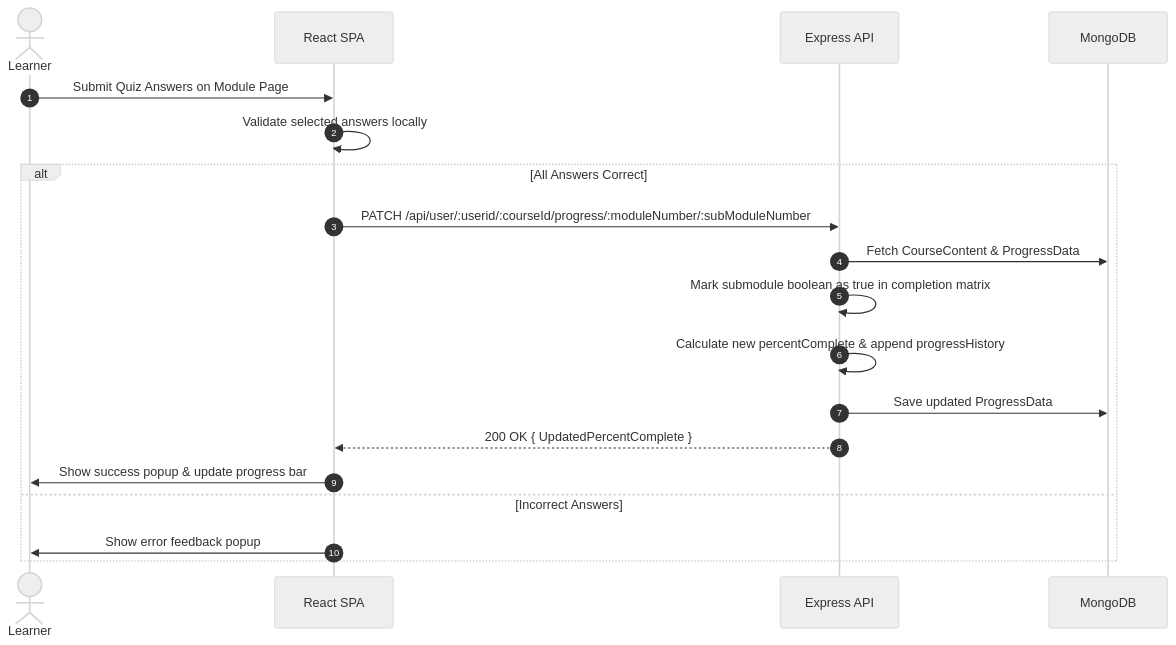
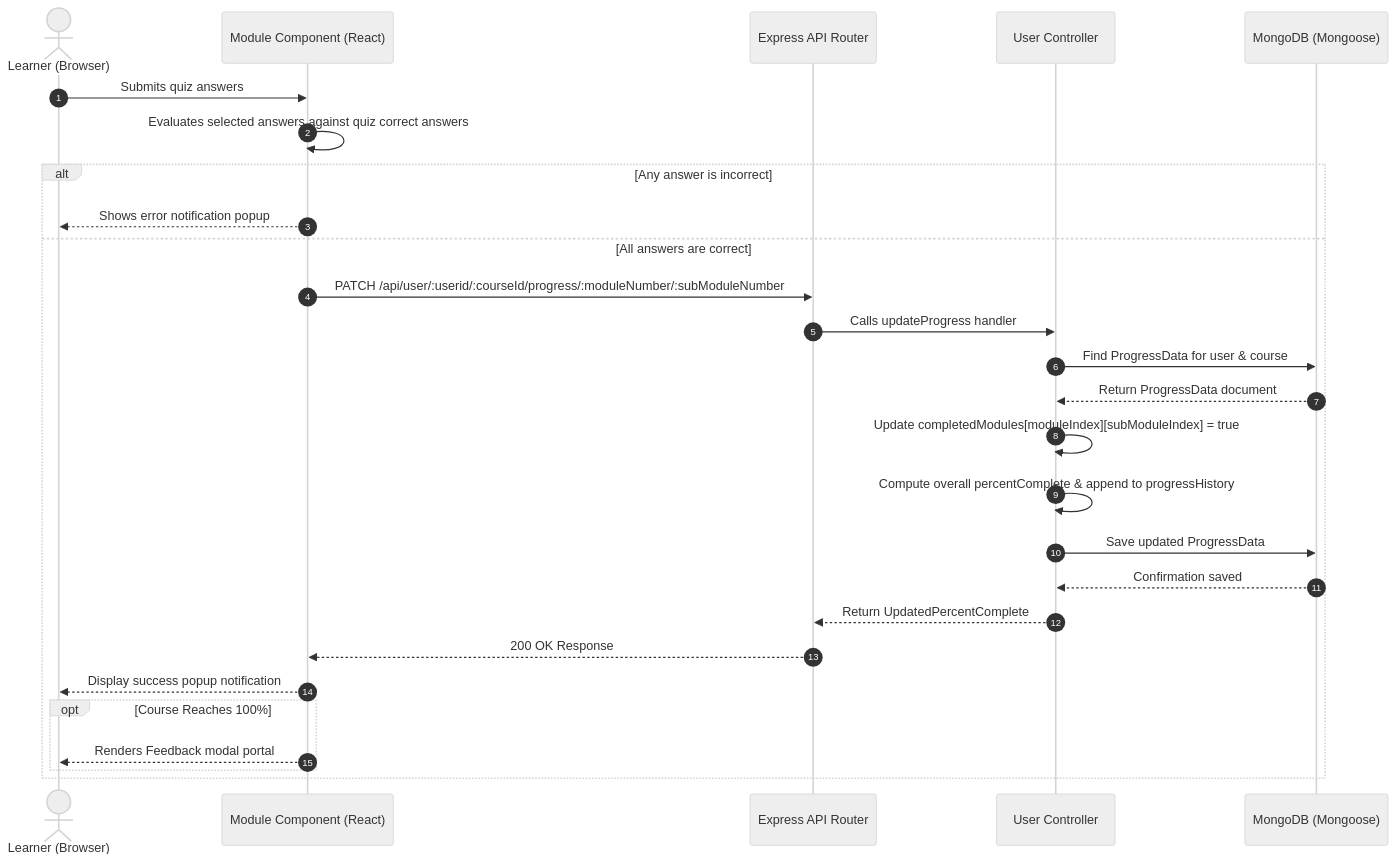
One commit to abdul8704/EduTrack changed the third of 3 diagrams in architecture.md. Above: the diagram before and after it, drawn with Mermaid (neutral theme). The commit also changed other lines of this file, not shown here.

Commit message:
docs: sync system architecture and technical documentation with codebase

````diff
--- a/architecture.md
+++ b/architecture.md
@@ -319,22 +313,30 @@
 ```mermaid
 sequenceDiagram
     autonumber
-    actor User as Learner
-    participant React as React SPA
-    participant API as Express API
-    participant DB as MongoDB
+    actor Learner as Learner (Browser)
+    participant ModuleComp as Module Component (React)
+    participant API as Express API Router
+    participant UserCtrl as User Controller
+    participant DB as MongoDB (Mongoose)
 
-    User->>React: Submit Quiz Answers on Module Page
-    React->>React: Validate selected answers locally
-    alt All Answers Correct
-        React->>API: PATCH /api/user/:userid/:courseId/progress/:moduleNumber/:subModuleNumber
-        API->>DB: Fetch CourseContent & ProgressData
-        API->>API: Mark submodule boolean as true in completion matrix
-        API->>API: Calculate new percentComplete & append progressHistory
-        API->>DB: Save updated ProgressData
-        API-->>React: 200 OK { UpdatedPercentComplete }
-        React->>User: Show success popup & update progress bar
-    else Incorrect Answers
-        React->>User: Show error feedback popup
+    Learner->>ModuleComp: Submits quiz answers
+    ModuleComp->>ModuleComp: Evaluates selected answers against quiz correct answers
+    alt Any answer is incorrect
+        ModuleComp-->>Learner: Shows error notification popup
+    else All answers are correct
+        ModuleComp->>API: PATCH /api/user/:userid/:courseId/progress/:moduleNumber/:subModuleNumber
+        API->>UserCtrl: Calls updateProgress handler
+        UserCtrl->>DB: Find ProgressData for user & course
+        DB-->>UserCtrl: Return ProgressData document
+        UserCtrl->>UserCtrl: Update completedModules[moduleIndex][subModuleIndex] = true
+        UserCtrl->>UserCtrl: Compute overall percentComplete & append to progressHistory
+        UserCtrl->>DB: Save updated ProgressData
+        DB-->>UserCtrl: Confirmation saved
+        UserCtrl-->>API: Return UpdatedPercentComplete
+        API-->>ModuleComp: 200 OK Response
+        ModuleComp-->>Learner: Display success popup notification
+        opt Course Reaches 100%
+            ModuleComp-->>Learner: Renders Feedback modal portal
+        end
     end
 ```
````
